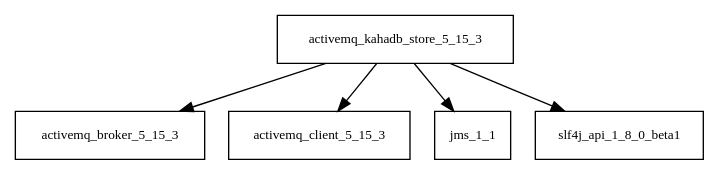
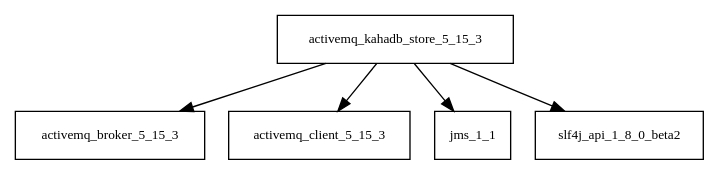
One commit to sjvs/cia changed the diagram in tattleTaleReport/graphviz/activemq-kahadb-store-5.15.3.jar/activemq-kahadb-store-5.15.3.jar.dot. Above: the diagram before and after it, drawn with Graphviz. The commit also changed 2794 other files, not shown here.

```diff
--- a/tattleTaleReport/graphviz/activemq-kahadb-store-5.15.3.jar/activemq-kahadb-store-5.15.3.jar.dot
+++ b/tattleTaleReport/graphviz/activemq-kahadb-store-5.15.3.jar/activemq-kahadb-store-5.15.3.jar.dot
@@ -1,7 +1,7 @@
 digraph activemq_kahadb_store_5_15_3_dependencies {
   node [shape = box, fontsize=10.0];
   activemq_kahadb_store_5_15_3 -> activemq_broker_5_15_3;
   activemq_kahadb_store_5_15_3 -> activemq_client_5_15_3;
   activemq_kahadb_store_5_15_3 -> jms_1_1;
-  activemq_kahadb_store_5_15_3 -> slf4j_api_1_8_0_beta1;
+  activemq_kahadb_store_5_15_3 -> slf4j_api_1_8_0_beta2;
 }
```
